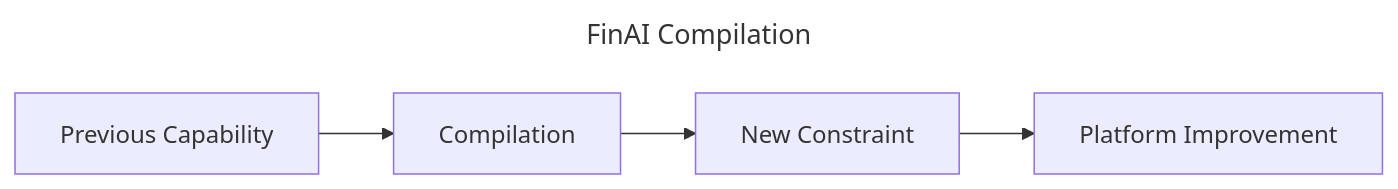
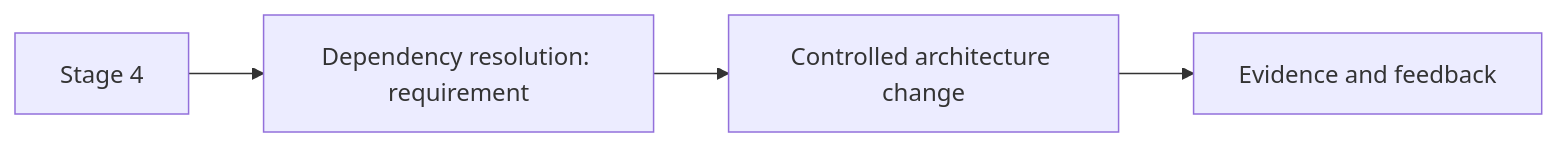
One commit to m1mohamad/devops-sre-prep changed the fifth of 30 diagrams in docs/journey/index.md. Above: the diagram before and after it, drawn with Mermaid. The commit also changed other lines of this file and 100 other files, not shown here.

````diff
--- a/docs/journey/index.md
+++ b/docs/journey/index.md
@@ -57,7 +102,6 @@
 ```mermaid
----
-title: FinAI Compilation
----
 flowchart LR
-  A[Previous Capability] --> B[Compilation] --> C[New Constraint] --> D[Platform Improvement]
+  S5[Stage 4] --> R5[Dependency resolution: requirement]
+  R5 --> C5[Controlled architecture change]
+  C5 --> E5[Evidence and feedback]
 ```
````
